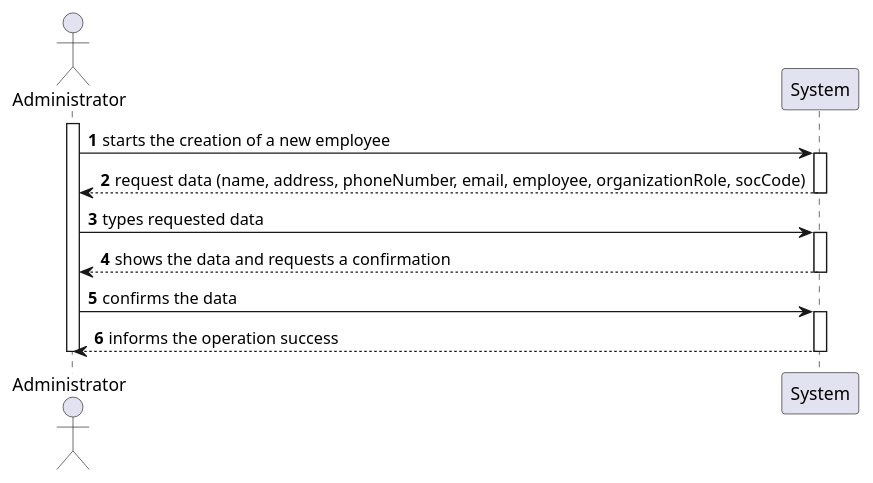
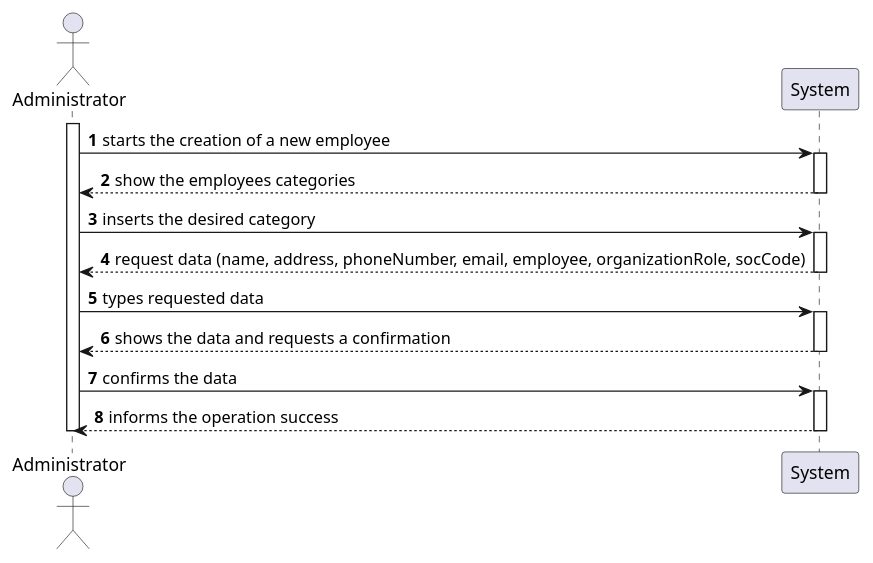
Before and after one commit to manu-07-ela/LAPR2_ISEP: the diagram in docs/SprintB/US07/US07.puml, drawn with PlantUML. The commit also changed 4 other files, not shown here.

```diff
--- a/docs/SprintB/US07/US07.puml
+++ b/docs/SprintB/US07/US07.puml
@@ -1,22 +1,26 @@
 @startuml
 'https://plantuml.com/sequence-diagram
 
 autonumber
 actor Administrator
 activate Administrator
 Administrator -> System: starts the creation of a new employee
+activate System
+System --> Administrator : show the employees categories
+deactivate System
+Administrator -> System : inserts the desired category
 activate System
 System --> Administrator : request data (name, address, phoneNumber, email, employee, organizationRole, socCode)
 deactivate System
 Administrator -> System: types requested data
 activate System
 System --> Administrator : shows the data and requests a confirmation
 deactivate System
 Administrator -> System: confirms the data
 activate System
 System --> Administrator : informs the operation success
 deactivate System
 deactivate Administrator
 
 
 @enduml
```
